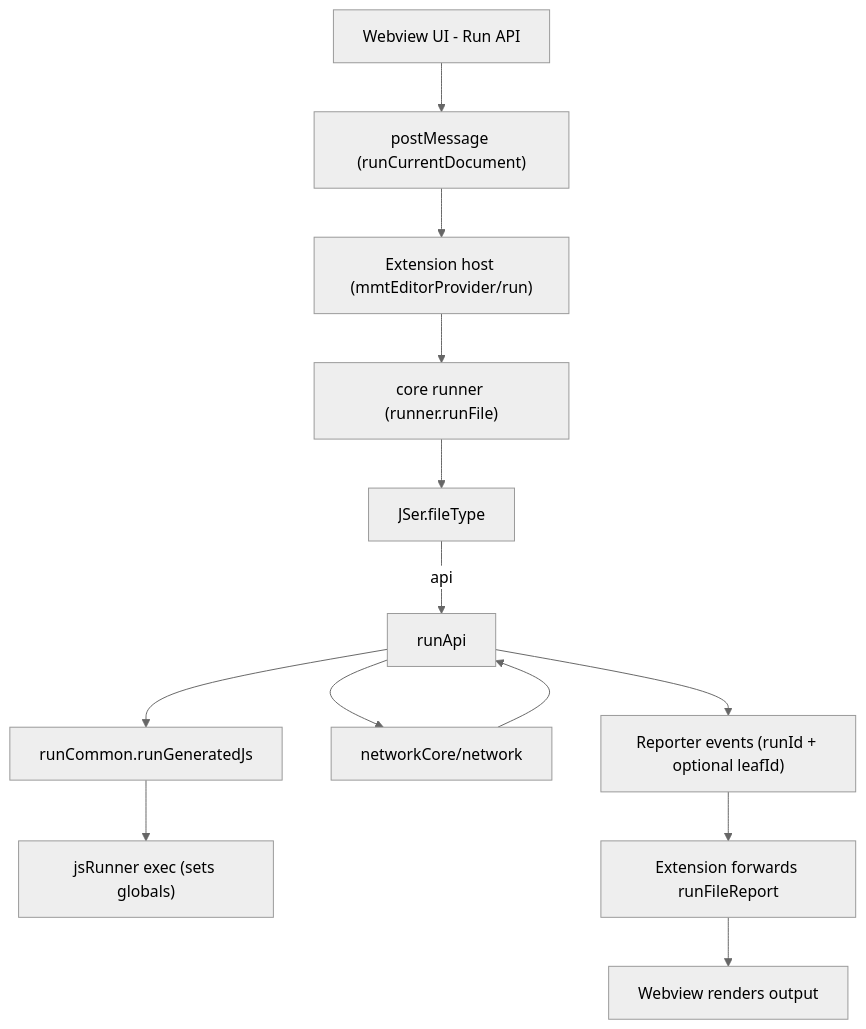
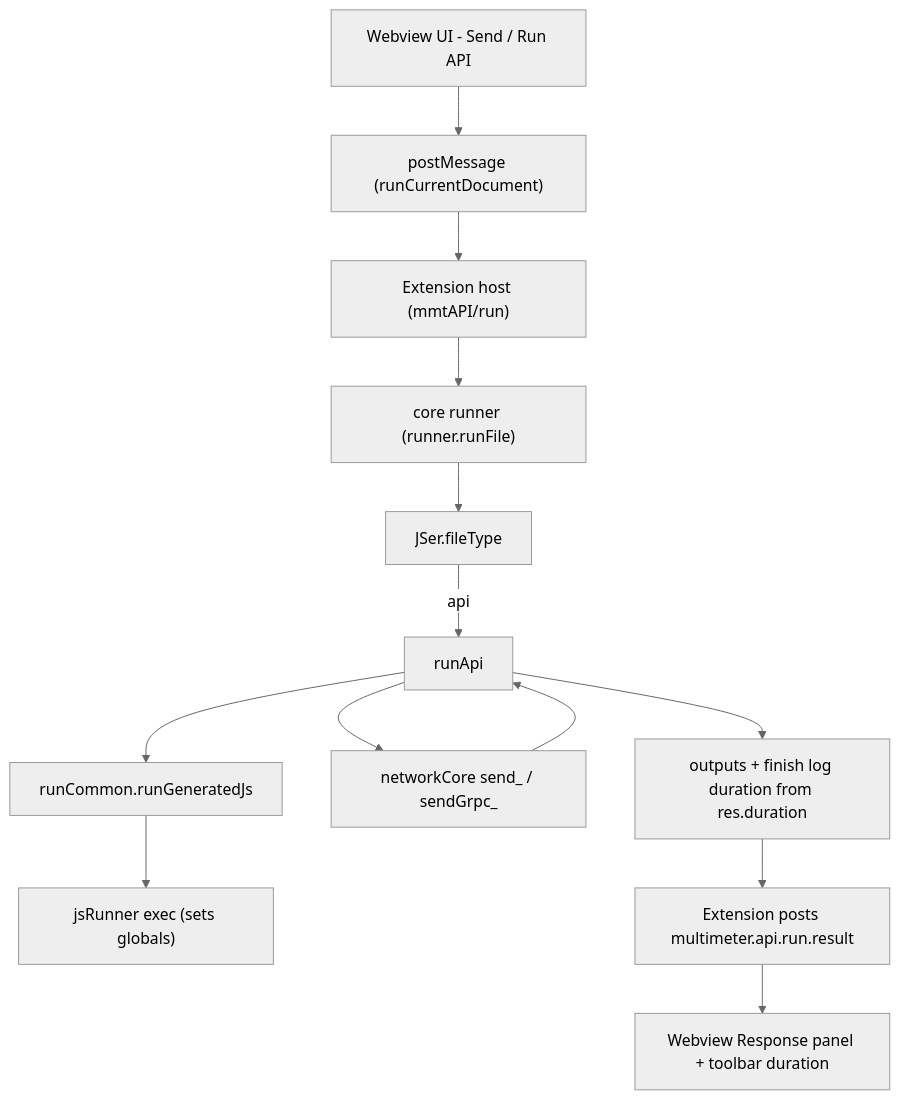
The first of 4 diagrams in AGENTS.md (mshobeyri/multimeter), drawn with Mermaid (neutral theme) before and after one commit. The commit also changed other lines of this file, not shown here.

````diff
--- a/AGENTS.md
+++ b/AGENTS.md
@@ -109,15 +110,15 @@
 ```mermaid
 flowchart TD
-  A["Webview UI - Run API"] --> B["postMessage (runCurrentDocument)"]
-  B --> C["Extension host (mmtEditorProvider/run)"]
+  A["Webview UI - Send / Run API"] --> B["postMessage (runCurrentDocument)"]
+  B --> C["Extension host (mmtAPI/run)"]
   C --> D["core runner (runner.runFile)"]
   D --> E["JSer.fileType"]
   E -->|api| F["runApi"]
   F --> G["runCommon.runGeneratedJs"]
   G --> H["jsRunner exec (sets globals)"]
-  F --> I["networkCore/network"]
+  F --> I["networkCore send_ / sendGrpc_"]
   I --> F
-  F --> J["Reporter events (runId + optional leafId)"]
-  J --> K["Extension forwards runFileReport"]
-  K --> L["Webview renders output"]
+  F --> J["outputs + finish log duration from res.duration"]
+  J --> K["Extension posts multimeter.api.run.result"]
+  K --> L["Webview Response panel + toolbar duration"]
 ```
````
